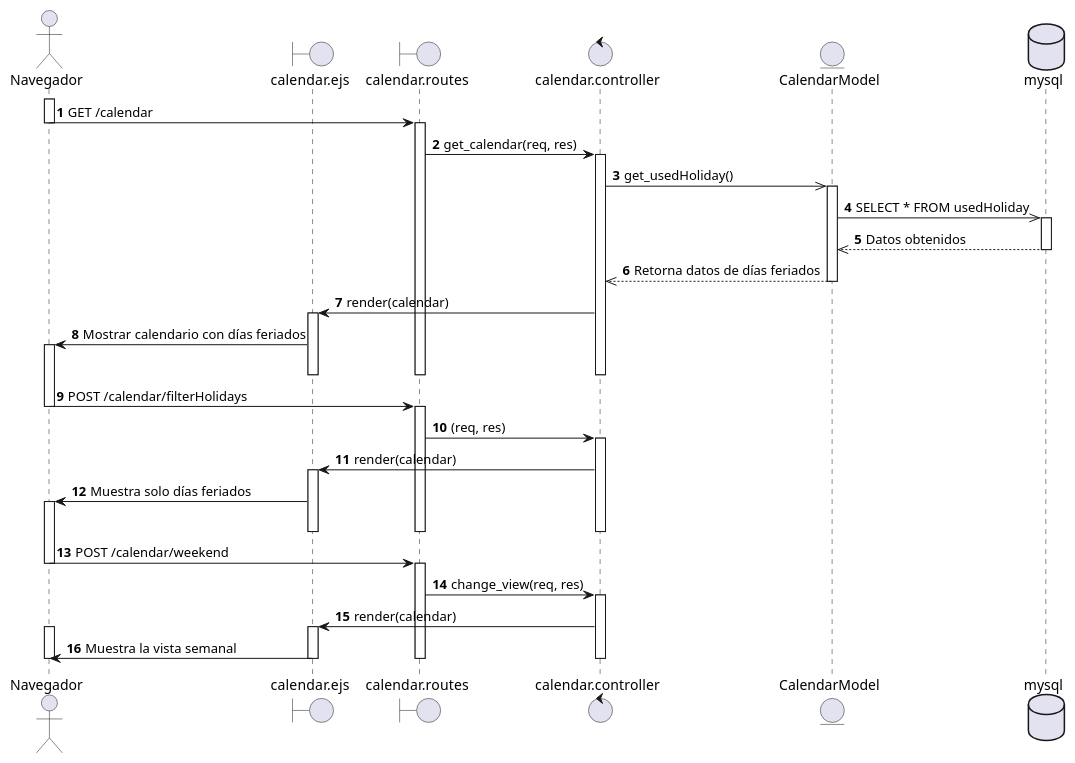
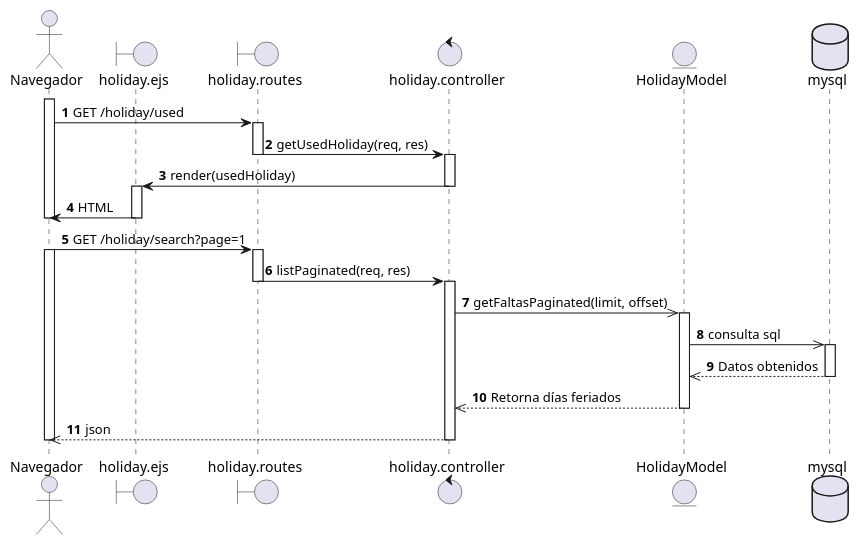
One commit to EdCanCe/WorkCells changed the diagram in diagrams/Casos de Uso/manu req fun/diagramas de secuencia/colaborador consulta dias fer.puml. Above: the diagram before and after it, drawn with PlantUML. The commit also changed 13 other files, not shown here.

Commit message:
diagramas de act casos de uso manu

```diff
--- a/diagrams/Casos de Uso/manu req fun/diagramas de secuencia/colaborador consulta dias fer.puml
+++ b/diagrams/Casos de Uso/manu req fun/diagramas de secuencia/colaborador consulta dias fer.puml
@@ -1,73 +1,55 @@
 @startuml
 actor Navegador
-boundary calendar.ejs
-boundary calendar.routes
-control calendar.controller
-entity CalendarModel
+boundary holiday.ejs
+boundary holiday.routes
+control holiday.controller
+entity HolidayModel
 database mysql
-
 
 autonumber
 ' Inicio del flujo
 activate Navegador
-Navegador -> calendar.routes : GET /calendar
+Navegador -> holiday.routes : GET /holiday/used
+activate holiday.routes
+
+holiday.routes -> holiday.controller : getUsedHoliday(req, res)
+deactivate holiday.routes
+activate holiday.controller
+
+' Se renderiza la vista de días feriados
+holiday.controller -> holiday.ejs : render(usedHoliday)
+deactivate holiday.controller
+activate holiday.ejs
+holiday.ejs -> Navegador : HTML
 deactivate Navegador
-activate calendar.routes
-
-calendar.routes -> calendar.controller : get_calendar(req, res)
-activate calendar.controller
+deactivate holiday.ejs
 
 
-' Se utiliza la instancia para obtener los datos
-calendar.controller ->> CalendarModel : get_usedHoliday()
-activate CalendarModel
+' Cargar los días feriados con paginación
 
-CalendarModel ->> mysql : SELECT * FROM usedHoliday
+Navegador -> holiday.routes : GET /holiday/search?page=1
+activate Navegador
+activate holiday.routes
+
+holiday.routes -> holiday.controller : listPaginated(req, res)
+deactivate holiday.routes
+activate holiday.controller
+
+holiday.controller ->> HolidayModel : getFaltasPaginated(limit, offset)
+activate HolidayModel
+
+HolidayModel ->> mysql : consulta sql
 activate mysql
-mysql -->> CalendarModel : Datos obtenidos
+mysql -->> HolidayModel : Datos obtenidos
 deactivate mysql
 
-CalendarModel -->> calendar.controller : Retorna datos de días feriados
-deactivate CalendarModel
+HolidayModel -->> holiday.controller : Retorna días feriados
+deactivate HolidayModel
 
-calendar.controller -> calendar.ejs : render(calendar)
-activate calendar.ejs
-calendar.ejs -> Navegador : Mostrar calendario con días feriados
-activate Navegador
-deactivate calendar.ejs
-deactivate calendar.controller
-deactivate calendar.routes
 
-' Filtrar por días feriados
-Navegador -> calendar.routes : POST /calendar/filterHolidays
+holiday.controller -->> Navegador : json
+deactivate holiday.controller
 deactivate Navegador
-activate calendar.routes
 
-calendar.routes -> calendar.controller : (req, res)
-activate calendar.controller
 
-calendar.controller -> calendar.ejs : render(calendar)
-activate calendar.ejs
-calendar.ejs -> Navegador : Muestra solo días feriados
-activate Navegador
-deactivate calendar.ejs
-deactivate calendar.controller
-deactivate calendar.routes
-
-' Cambiar la vista (semana)
-Navegador -> calendar.routes : POST /calendar/weekend
-deactivate Navegador
-activate calendar.routes
-
-calendar.routes -> calendar.controller : change_view(req, res)
-activate calendar.controller
-
-calendar.controller -> calendar.ejs : render(calendar)
-activate calendar.ejs
-activate Navegador
-calendar.ejs -> Navegador : Muestra la vista semanal
-deactivate Navegador
-deactivate calendar.ejs
-deactivate calendar.controller
-deactivate calendar.routes
 @enduml
```
